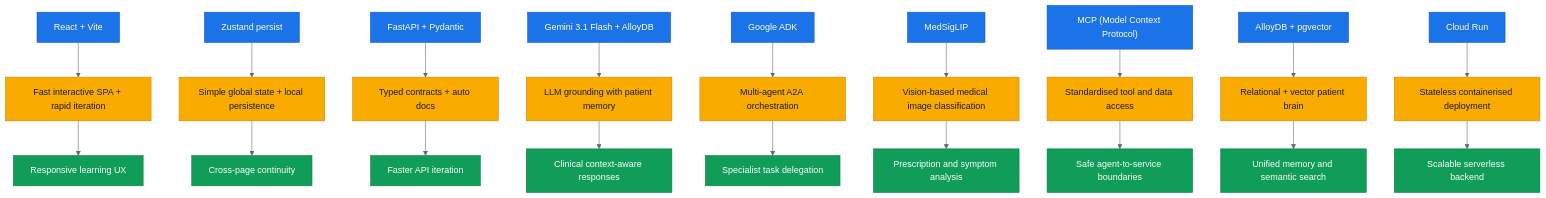
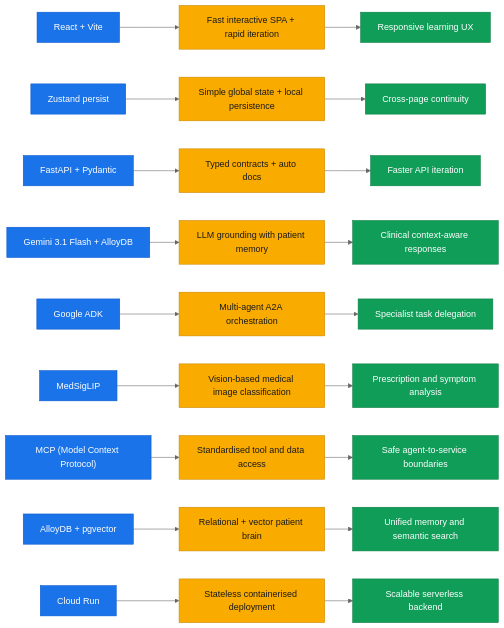
One commit to shreeshbhat04-ctrl/Cure-Quest changed the first of 5 diagrams in README.md. Above: the diagram before and after it, drawn with Mermaid (neutral theme). The commit also changed other lines of this file, not shown here.

Commit message:
Update README with disclaimer and demo media reference
Added disclaimer about free-tier API key and billing issues. Updated demo media section with a reference to agentic breakdown diagrams.

````diff
--- a/README.md
+++ b/README.md
@@ -123,40 +132,51 @@
 ```mermaid
-graph TD
+
+graph LR
 
 %% Row 1
-A1["React + Vite"] --> B1["Fast interactive SPA + rapid iteration"] --> C1["Responsive learning UX"]
+A1["React + Vite"] --> B1["Fast interactive SPA + rapid iteration"]
+B1 --> C1["Responsive learning UX"]
 
 %% Row 2
-A2["Zustand persist"] --> B2["Simple global state + local persistence"] --> C2["Cross-page continuity"]
+A2["Zustand persist"] --> B2["Simple global state + local persistence"]
+B2 --> C2["Cross-page continuity"]
 
 %% Row 3
-A3["FastAPI + Pydantic"] --> B3["Typed contracts + auto docs"] --> C3["Faster API iteration"]
+A3["FastAPI + Pydantic"] --> B3["Typed contracts + auto docs"]
+B3 --> C3["Faster API iteration"]
 
 %% Row 4
-A4["Gemini 3.1 Flash + AlloyDB"] --> B4["LLM grounding with patient memory"] --> C4["Clinical context-aware responses"]
+A4["Gemini 3.1 Flash + AlloyDB"] --> B4["LLM grounding with patient memory"]
+B4 --> C4["Clinical context-aware responses"]
 
 %% Row 5
-A5["Google ADK"] --> B5["Multi-agent A2A orchestration"] --> C5["Specialist task delegation"]
+A5["Google ADK"] --> B5["Multi-agent A2A orchestration"]
+B5 --> C5["Specialist task delegation"]
 
 %% Row 6
-A6["MedSigLIP"] --> B6["Vision-based medical image classification"] --> C6["Prescription and symptom analysis"]
+A6["MedSigLIP"] --> B6["Vision-based medical image classification"]
+B6 --> C6["Prescription and symptom analysis"]
 
 %% Row 7
-A7["MCP (Model Context Protocol)"] --> B7["Standardised tool and data access"] --> C7["Safe agent-to-service boundaries"]
+A7["MCP (Model Context Protocol)"] --> B7["Standardised tool and data access"]
+B7 --> C7["Safe agent-to-service boundaries"]
 
 %% Row 8
-A8["AlloyDB + pgvector"] --> B8["Relational + vector patient brain"] --> C8["Unified memory and semantic search"]
+A8["AlloyDB + pgvector"] --> B8["Relational + vector patient brain"]
+B8 --> C8["Unified memory and semantic search"]
 
 %% Row 9
-A9["Cloud Run"] --> B9["Stateless containerised deployment"] --> C9["Scalable serverless backend"]
-
+A9["Cloud Run"] --> B9["Stateless containerised deployment"]
+B9 --> C9["Scalable serverless backend"]
 
 %% Styling
 classDef tech fill:#1a73e8,color:#fff,stroke:#0b57d0;
 classDef capability fill:#f9ab00,color:#1a1a1a,stroke:#c88700;
 classDef outcome fill:#0f9d58,color:#fff,stroke:#0b7d43;
 
 class A1,A2,A3,A4,A5,A6,A7,A8,A9 tech;
 class B1,B2,B3,B4,B5,B6,B7,B8,B9 capability;
 class C1,C2,C3,C4,C5,C6,C7,C8,C9 outcome;
+
+
 ```
````
